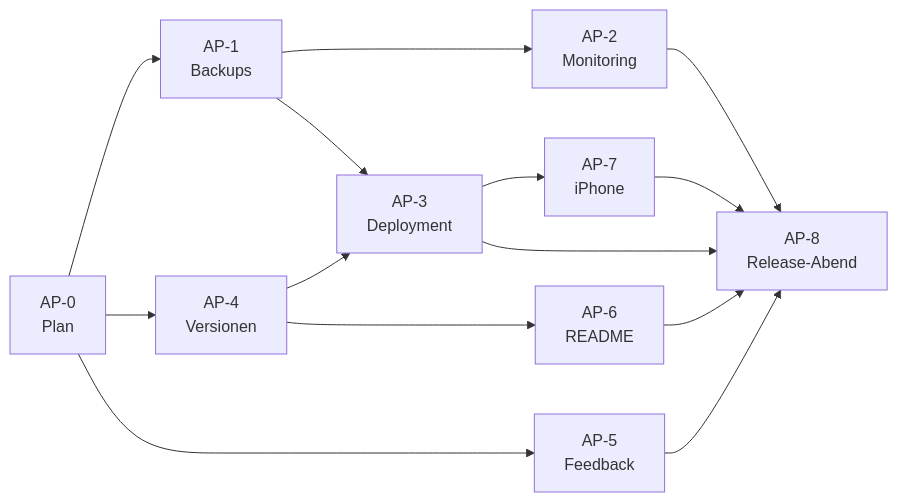
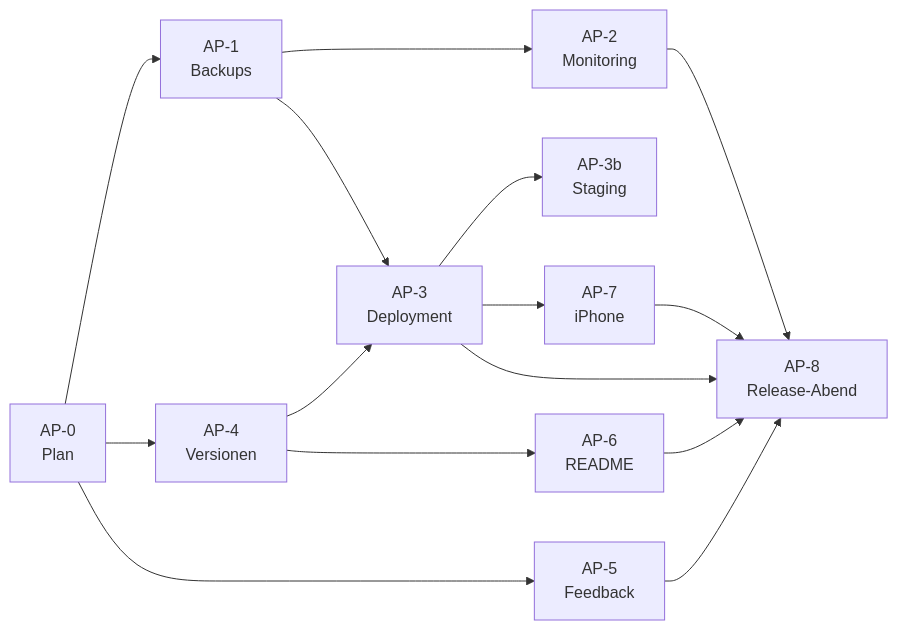
The diagram in docs/phase4/README.md (krauspeter/topstack), drawn with Mermaid before and after one commit. The commit also changed other lines of this file and 30 other files, not shown here.

````diff
--- a/docs/phase4/README.md
+++ b/docs/phase4/README.md
@@ -58,13 +60,14 @@
 ```mermaid
 flowchart LR
     AP0[AP-0<br/>Plan] --> AP1[AP-1<br/>Backups]
     AP0 --> AP4[AP-4<br/>Versionen]
     AP1 --> AP2[AP-2<br/>Monitoring]
     AP1 --> AP3[AP-3<br/>Deployment]
+    AP3 --> AP3b[AP-3b<br/>Staging]
     AP4 --> AP3
     AP0 --> AP5[AP-5<br/>Feedback]
     AP3 --> AP7[AP-7<br/>iPhone]
     AP2 & AP3 & AP5 & AP7 --> AP8[AP-8<br/>Release-Abend]
     AP4 --> AP6[AP-6<br/>README]
     AP6 --> AP8
 ```
````
